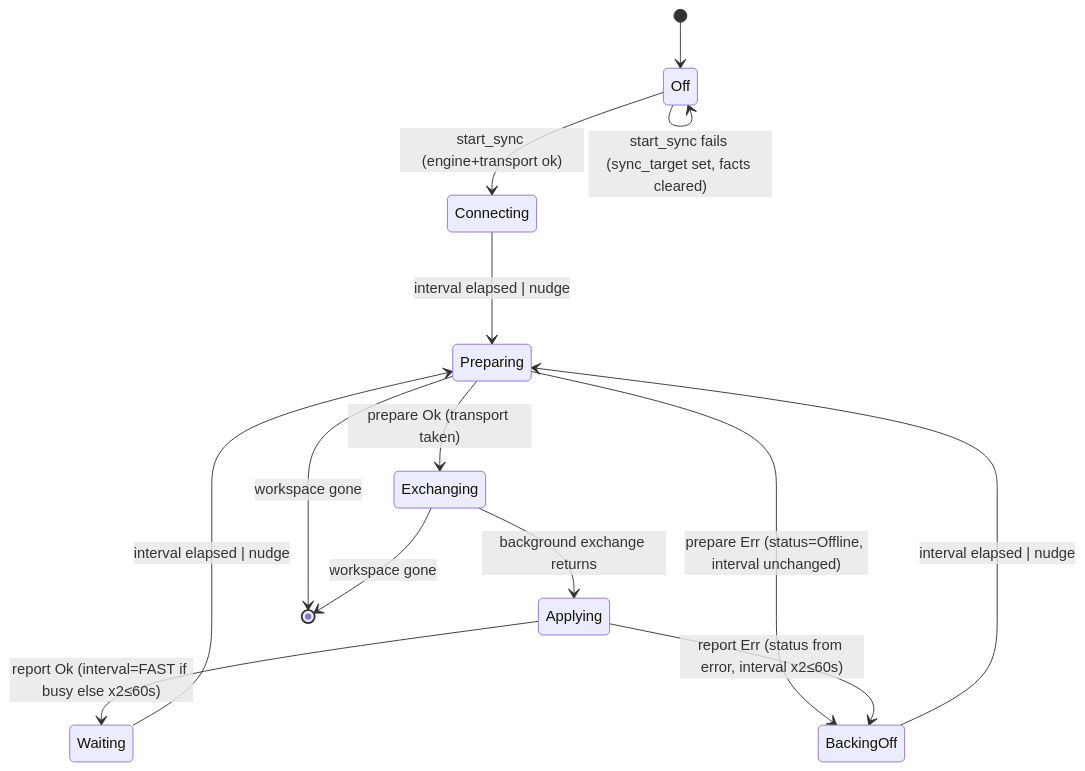
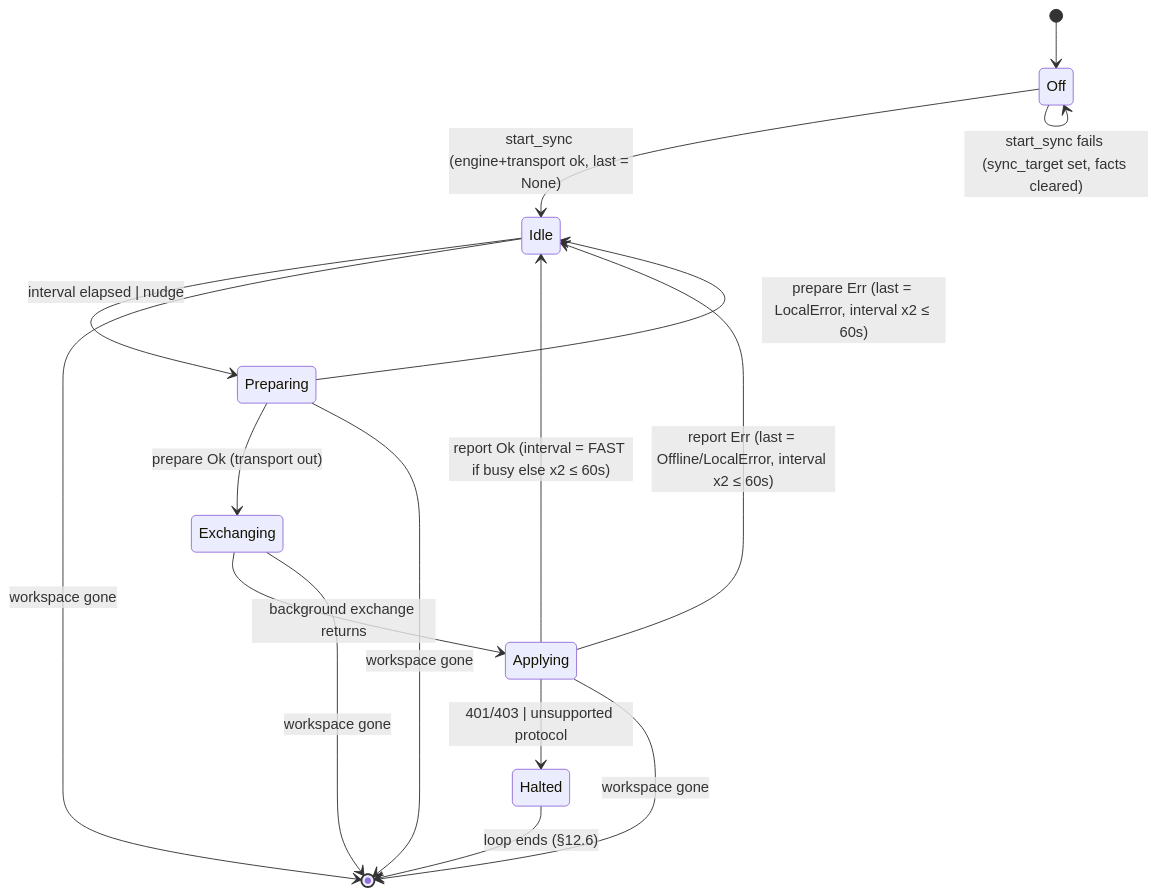
One commit to adityadaniel/u-topia changed the diagram in docs/state-machines/sync-runner-round.md. Above: the diagram before and after it, drawn with Mermaid. The commit also changed other lines of this file and 4 other files, not shown here.

````diff
--- a/docs/state-machines/sync-runner-round.md
+++ b/docs/state-machines/sync-runner-round.md
@@ -101,16 +135,18 @@
 ```mermaid
 stateDiagram-v2
     [*] --> Off
-    Off --> Connecting : start_sync (engine+transport ok)
+    Off --> Idle : start_sync (engine+transport ok, last = None)
     Off --> Off : start_sync fails (sync_target set, facts cleared)
-    Connecting --> Preparing : interval elapsed | nudge
-    Waiting --> Preparing : interval elapsed | nudge
-    BackingOff --> Preparing : interval elapsed | nudge
-    Preparing --> Exchanging : prepare Ok (transport taken)
-    Preparing --> BackingOff : prepare Err (status=Offline, interval unchanged)
+    Idle --> Preparing : interval elapsed | nudge
+    Preparing --> Exchanging : prepare Ok (transport out)
+    Preparing --> Idle : prepare Err (last = LocalError, interval x2 ≤ 60s)
     Exchanging --> Applying : background exchange returns
-    Applying --> Waiting : report Ok (interval=FAST if busy else x2≤60s)
-    Applying --> BackingOff : report Err (status from error, interval x2≤60s)
+    Applying --> Idle : report Ok (interval = FAST if busy else x2 ≤ 60s)
+    Applying --> Idle : report Err (last = Offline/LocalError, interval x2 ≤ 60s)
+    Applying --> Halted : 401/403 | unsupported protocol
+    Halted --> [*] : loop ends (§12.6)
+    Idle --> [*] : workspace gone
     Preparing --> [*] : workspace gone
     Exchanging --> [*] : workspace gone
+    Applying --> [*] : workspace gone
 ```
````
